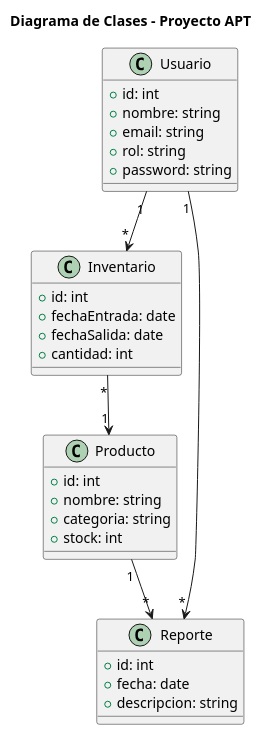
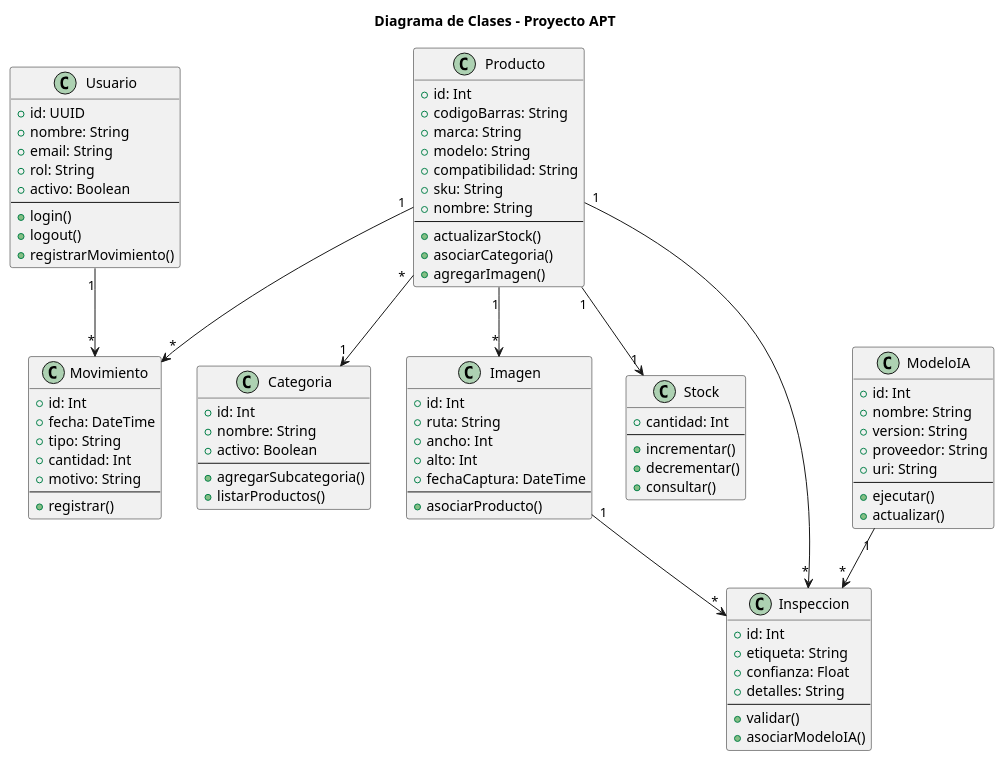
One commit to Tihare-Campusano/NEXA changed the diagram in inventario-app/docs/diagramas/Diagrama_de_clase.puml. Above: the diagram before and after it, drawn with PlantUML. The commit also changed 13 other files, not shown here.

```diff
--- a/inventario-app/docs/diagramas/Diagrama_de_clase.puml
+++ b/inventario-app/docs/diagramas/Diagrama_de_clase.puml
@@ -1,37 +1,98 @@
-@startuml Diagrama_de_clases
+@startuml Diagrama_Clases_APT
 title Diagrama de Clases - Proyecto APT
 
 class Usuario {
-    +id: int
-    +nombre: string
-    +email: string
-    +rol: string
-    +password: string
+    +id: UUID
+    +nombre: String
+    +email: String
+    +rol: String
+    +activo: Boolean
+    --
+    +login()
+    +logout()
+    +registrarMovimiento()
 }
 
 class Producto {
-    +id: int
-    +nombre: string
-    +categoria: string
-    +stock: int
+    +id: Int
+    +codigoBarras: String
+    +marca: String
+    +modelo: String
+    +compatibilidad: String
+    +sku: String
+    +nombre: String
+    --
+    +actualizarStock()
+    +asociarCategoria()
+    +agregarImagen()
 }
 
-class Inventario {
-    +id: int
-    +fechaEntrada: date
-    +fechaSalida: date
-    +cantidad: int
+class Categoria {
+    +id: Int
+    +nombre: String
+    +activo: Boolean
+    --
+    +agregarSubcategoria()
+    +listarProductos()
 }
 
-class Reporte {
-    +id: int
-    +fecha: date
-    +descripcion: string
+class Imagen {
+    +id: Int
+    +ruta: String
+    +ancho: Int
+    +alto: Int
+    +fechaCaptura: DateTime
+    --
+    +asociarProducto()
 }
 
-Usuario "1" --> "*" Reporte
-Usuario "1" --> "*" Inventario
-Inventario "*" --> "1" Producto
-Producto "1" --> "*" Reporte
+class Movimiento {
+    +id: Int
+    +fecha: DateTime
+    +tipo: String
+    +cantidad: Int
+    +motivo: String
+    --
+    +registrar()
+}
+
+class Stock {
+    +cantidad: Int
+    --
+    +incrementar()
+    +decrementar()
+    +consultar()
+}
+
+class Inspeccion {
+    +id: Int
+    +etiqueta: String
+    +confianza: Float
+    +detalles: String
+    --
+    +validar()
+    +asociarModeloIA()
+}
+
+class ModeloIA {
+    +id: Int
+    +nombre: String
+    +version: String
+    +proveedor: String
+    +uri: String
+    --
+    +ejecutar()
+    +actualizar()
+}
+
+' Relaciones UML
+Usuario "1" --> "*" Movimiento
+Producto "1" --> "*" Imagen
+Producto "1" --> "1" Stock
+Producto "*" --> "1" Categoria
+Producto "1" --> "*" Movimiento
+Producto "1" --> "*" Inspeccion
+Imagen "1" --> "*" Inspeccion
+ModeloIA "1" --> "*" Inspeccion
 
 @enduml
```
